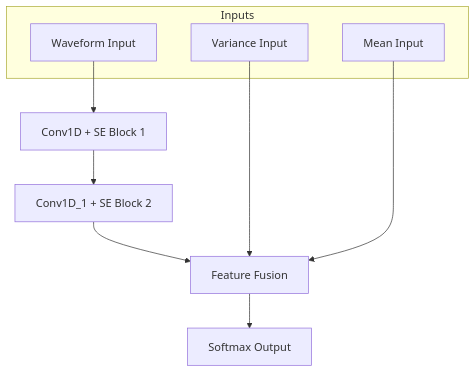
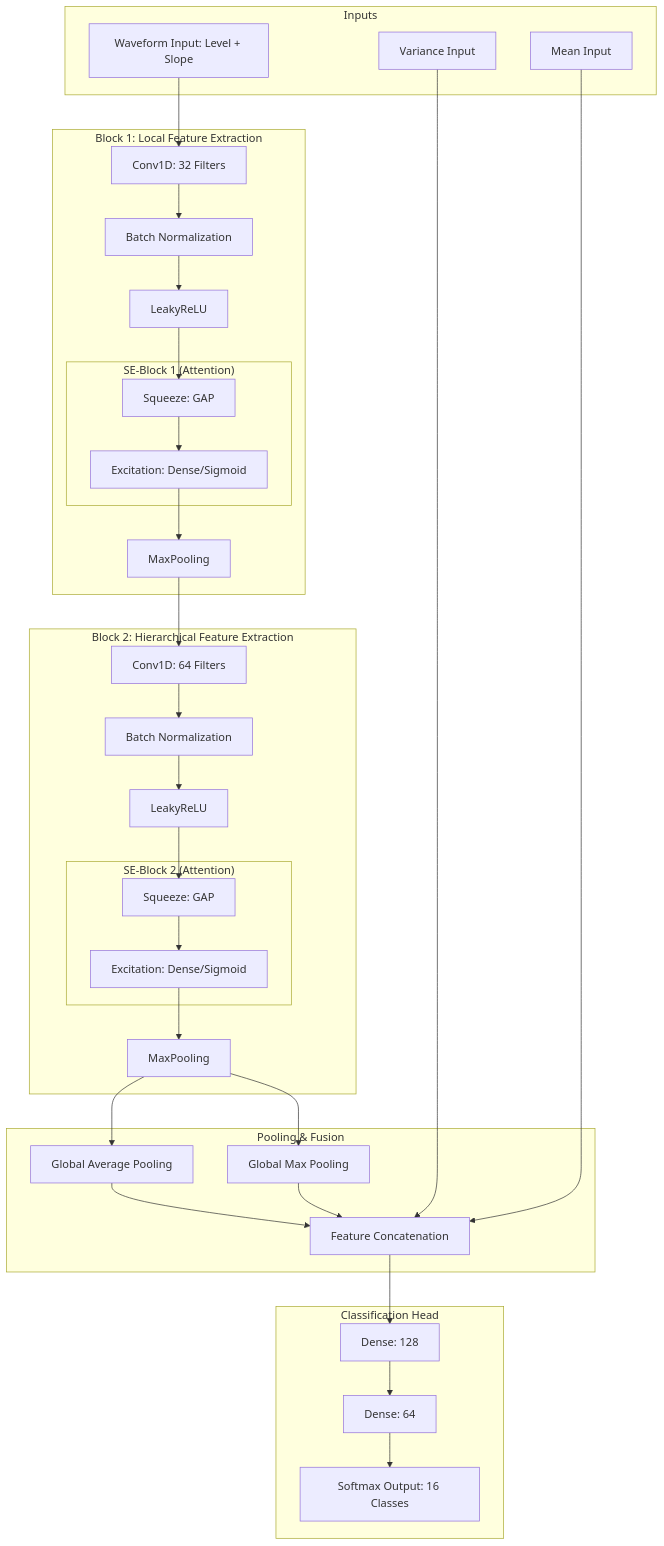
Before and after one commit to a3636588a/RESTCN_Training_platform: the diagram in readme.md, drawn with Mermaid. The commit also changed other lines of this file, not shown here.

Commit message:
提交文件

````diff
--- a/readme.md
+++ b/readme.md
@@ -18,14 +18,55 @@
 ```mermaid
 graph TD
     subgraph Inputs
-        W[Waveform Input]
+        W[Waveform Input: Level + Slope]
         V[Variance Input]
         M[Mean Input]
     end
-    W --> C1[Conv1D + SE Block 1]
-    C1 --> C2[Conv1D_1 + SE Block 2]
-    C2 --> Cat[Feature Fusion]
+
+    subgraph "Block 1: Local Feature Extraction"
+        C1[Conv1D: 32 Filters]
+        BN1[Batch Normalization]
+        L1[LeakyReLU]
+        subgraph "SE-Block 1 (Attention)"
+            SQ1[Squeeze: GAP]
+            EX1[Excitation: Dense/Sigmoid]
+        end
+        P1[MaxPooling]
+    end
+
+    subgraph "Block 2: Hierarchical Feature Extraction"
+        C2[Conv1D: 64 Filters]
+        BN2[Batch Normalization]
+        L2[LeakyReLU]
+        subgraph "SE-Block 2 (Attention)"
+            SQ2[Squeeze: GAP]
+            EX2[Excitation: Dense/Sigmoid]
+        end
+        P2[MaxPooling]
+    end
+
+    subgraph "Pooling & Fusion"
+        GAP[Global Average Pooling]
+        GMP[Global Max Pooling]
+        Cat[Feature Concatenation]
+    end
+
+    subgraph "Classification Head"
+        D1[Dense: 128]
+        D2[Dense: 64]
+        Out[Softmax Output: 16 Classes]
+    end
+
+    W --> C1 --> BN1 --> L1 --> SQ1 --> EX1 --> P1
+    P1 --> C2 --> BN2 --> L2 --> SQ2 --> EX2 --> P2
+    
+    P2 --> GAP
+    P2 --> GMP
+    
+    GAP --> Cat
+    GMP --> Cat
     V --> Cat
     M --> Cat
-    Cat --> Out[Softmax Output]
+    
+    Cat --> D1 --> D2 --> Out
 ```
````
